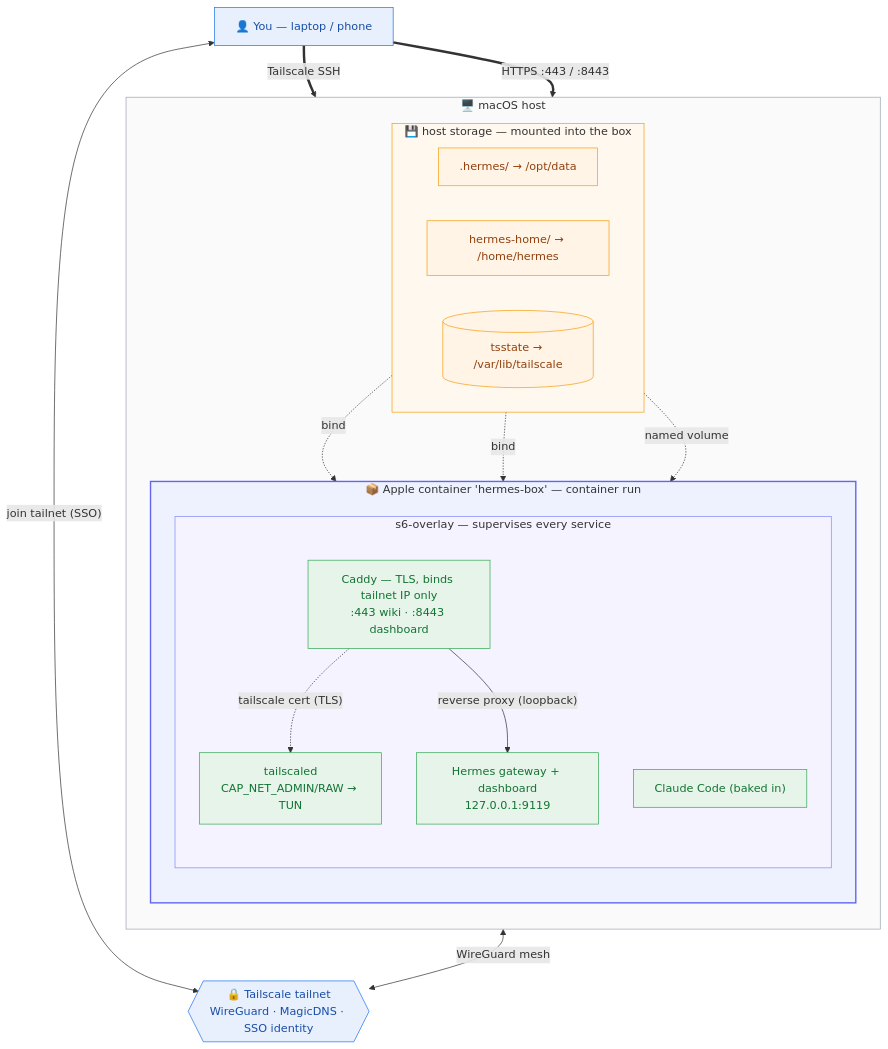
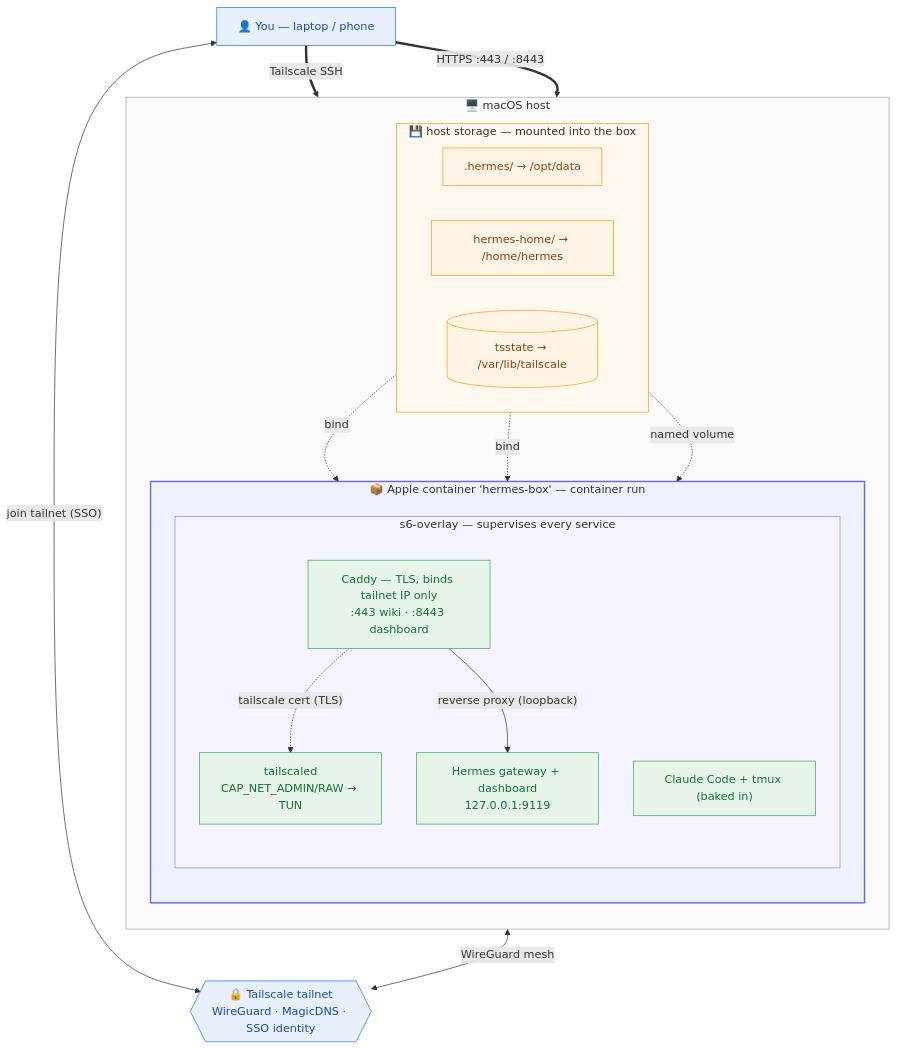
One commit to nilushan/hermes-box changed the diagram in README.md. Above: the diagram before and after it, drawn with Mermaid. The commit also changed 2 other files, not shown here.

Commit message:
feat(image): install tmux in the box for detachable sessions
tmux lets an interactive SSH session start a long-running Hermes/Claude
job and detach without killing it. Added to the existing apt install layer
(cheapest place), plus a `tmux -V` health check and a README note.

````diff
--- a/README.md
+++ b/README.md
@@ -62,51 +62,51 @@
 ```mermaid
 flowchart TB
   user["👤 You — laptop / phone"]
   tsnet{{"🔒 Tailscale tailnet<br/>WireGuard · MagicDNS · SSO identity"}}
 
   subgraph host["🖥️ macOS host"]
     direction TB
     subgraph container["📦 Apple container 'hermes-box' — container run"]
       direction TB
       subgraph s6["s6-overlay — supervises every service"]
         direction TB
         tailscaled["tailscaled<br/>CAP_NET_ADMIN/RAW → TUN"]
         caddy["Caddy — TLS, binds tailnet IP only<br/>:443 wiki · :8443 dashboard"]
         hermes["Hermes gateway + dashboard<br/>127.0.0.1:9119"]
-        claude["Claude Code (baked in)"]
+        claude["Claude Code + tmux (baked in)"]
       end
     end
     subgraph storage["💾 host storage — mounted into the box"]
       direction LR
       d_hermes[".hermes/ → /opt/data"]
       d_home["hermes-home/ → /home/hermes"]
       tsvol[("tsstate → /var/lib/tailscale")]
     end
   end
 
   %% secure access — everything arrives over the encrypted tailnet
   user <-->|"join tailnet (SSO)"| tsnet
   tailscaled <-->|"WireGuard mesh"| tsnet
   user == "Tailscale SSH" ==> tailscaled
   user == "HTTPS :443 / :8443" ==> caddy
 
   %% inside the box
   caddy -->|"reverse proxy (loopback)"| hermes
   caddy -. "tailscale cert (TLS)" .-> tailscaled
 
   %% mounts
   d_hermes -. bind .-> hermes
   d_home -. bind .-> hermes
   tsvol -. "named volume" .-> tailscaled
 
   classDef ext fill:#e8f0fe,stroke:#1a73e8,color:#174ea6;
   classDef store fill:#fff4e5,stroke:#f59e0b,color:#92400e;
   classDef svc fill:#e6f4ea,stroke:#34a853,color:#137333;
   class user,tsnet ext;
   class d_hermes,d_home,tsvol store;
   class hermes,caddy,tailscaled,claude svc;
   style container fill:#eef2ff,stroke:#6366f1,stroke-width:2px;
   style s6 fill:#f5f3ff,stroke:#818cf8;
   style host fill:#fafafa,stroke:#9ca3af;
   style storage fill:#fff8ef,stroke:#f59e0b;
 ```
````
